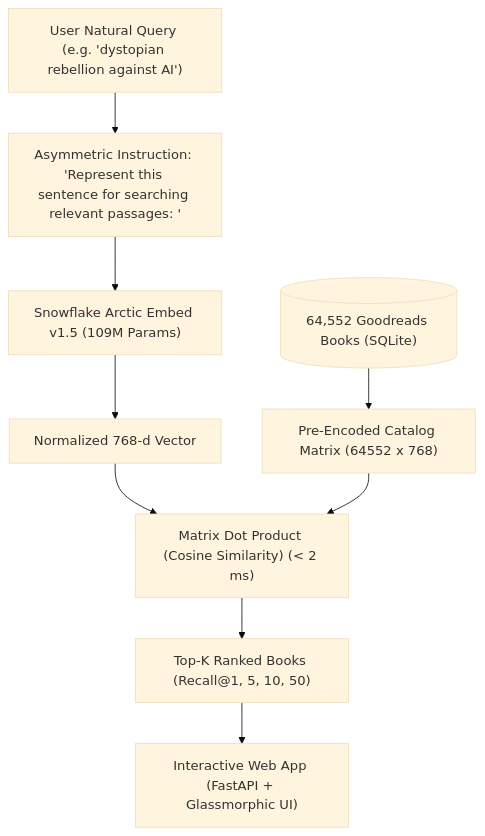
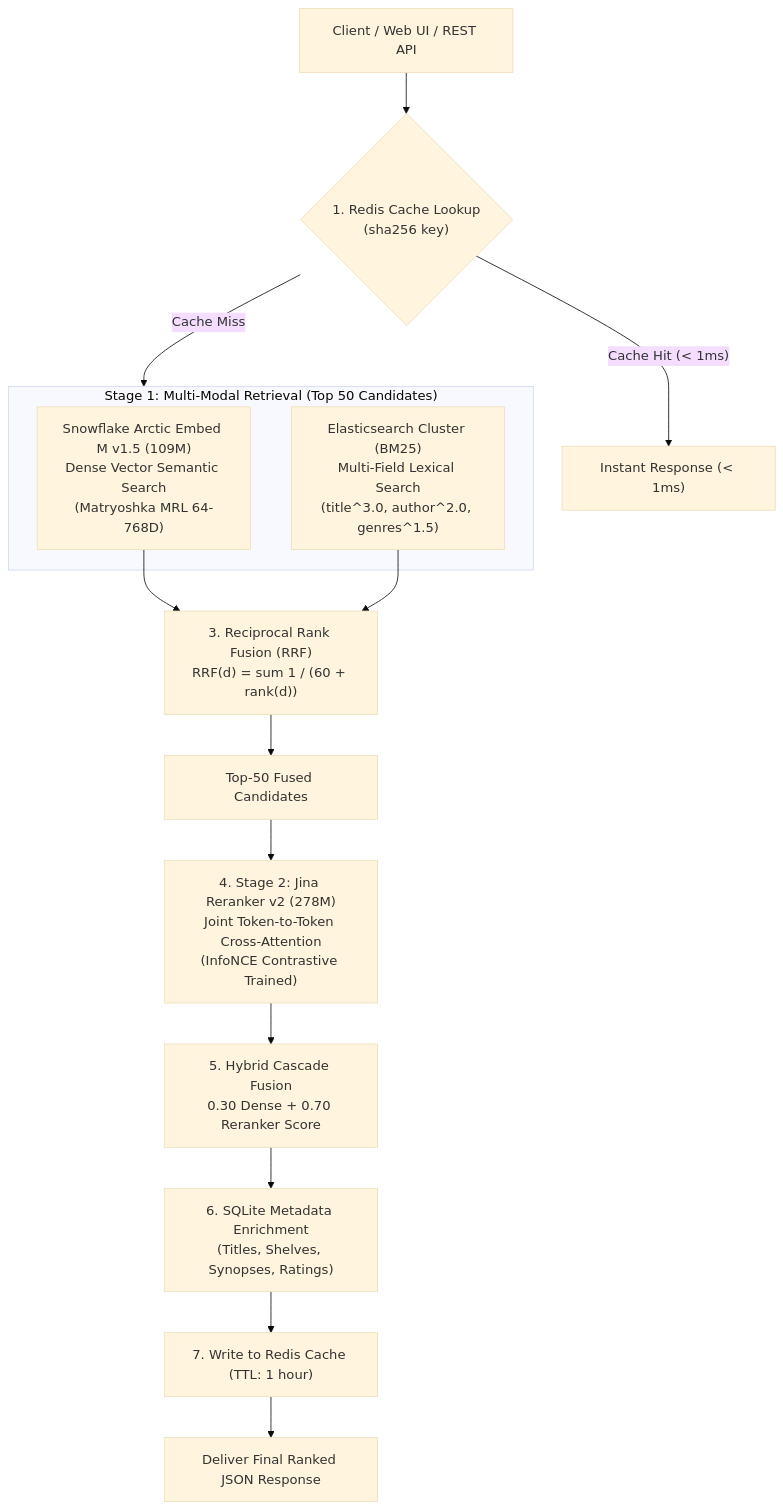
Before and after one commit to nansari-0134/neural_book_search_arctic: the diagram in README.md, drawn with Mermaid (base theme). The commit also changed other lines of this file and 3 other files, not shown here.

Commit message:
docs: overhaul README with Quick Start, REST API reference, MRR/mAP/NDCG metrics guide, query lifecycle, and Hugging Face upload script

````diff
--- a/README.md
+++ b/README.md
@@ -35,13 +202,27 @@
 ```mermaid
-graph TD
-    UserQuery["User Natural Query (e.g. 'dystopian rebellion against AI')"]
-    --> Prefix["Asymmetric Instruction: 'Represent this sentence for searching relevant passages: '"]
-    Prefix --> ArcticEncoder["Snowflake Arctic Embed v1.5 (109M Params)"]
-    ArcticEncoder --> QueryVec["Normalized 768-d Vector"]
+flowchart TD
+    Client["Client / Web UI / REST API"] --> RedisCache{"1. Redis Cache Lookup<br>(sha256 key)"}
     
-    Catalog[("64,552 Goodreads Books (SQLite)")] --> DocCache["Pre-Encoded Catalog Matrix (64552 x 768)"]
+    RedisCache -- "Cache Hit (< 1ms)" --> FastReturn["Instant Response (< 1ms)"]
     
-    QueryVec & DocCache --> DotProduct["Matrix Dot Product (Cosine Similarity) (< 2 ms)"]
-    DotProduct --> TopK["Top-K Ranked Books (Recall@1, 5, 10, 50)"]
-    TopK --> WebUI["Interactive Web App (FastAPI + Glassmorphic UI)"]
+    RedisCache -- "Cache Miss" --> Stage1Parallel["2. Stage 1: Parallel Candidate Generation"]
+    
+    subgraph Stage1Parallel ["Stage 1: Multi-Modal Retrieval (Top 50 Candidates)"]
+        Arctic["Snowflake Arctic Embed M v1.5 (109M)<br>Dense Vector Semantic Search<br>(Matryoshka MRL 64-768D)"]
+        ES["Elasticsearch Cluster (BM25)<br>Multi-Field Lexical Search<br>(title^3.0, author^2.0, genres^1.5)"]
+    end
+    
+    Arctic --> RRF["3. Reciprocal Rank Fusion (RRF)<br>RRF(d) = sum 1 / (60 + rank(d))"]
+    ES --> RRF
+    
+    RRF --> Candidates["Top-50 Fused Candidates"]
+    
+    Candidates --> JinaRerank["4. Stage 2: Jina Reranker v2 (278M)<br>Joint Token-to-Token Cross-Attention<br>(InfoNCE Contrastive Trained)"]
+    
+    JinaRerank --> CascadeFusion["5. Hybrid Cascade Fusion<br>0.30 Dense + 0.70 Reranker Score"]
+    
+    CascadeFusion --> Metadata["6. SQLite Metadata Enrichment<br>(Titles, Shelves, Synopses, Ratings)"]
+    
+    Metadata --> RedisStore["7. Write to Redis Cache (TTL: 1 hour)"]
+    RedisStore --> ClientResponse["Deliver Final Ranked JSON Response"]
 ```
````
